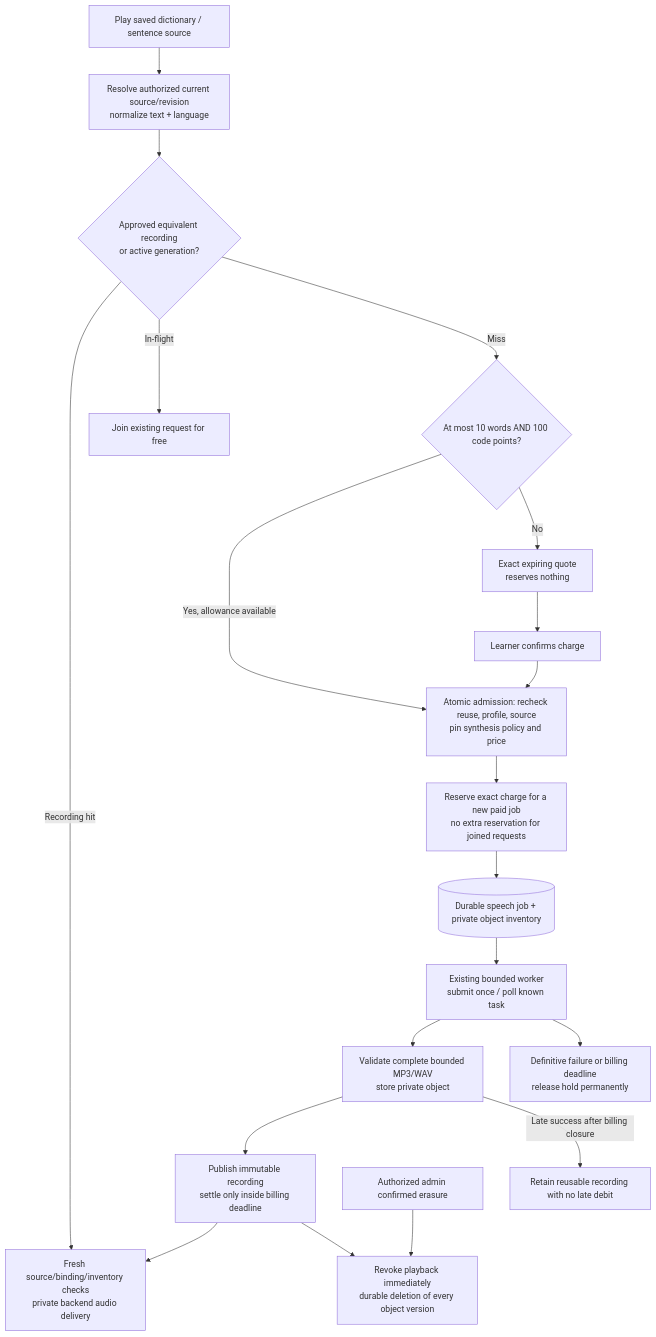
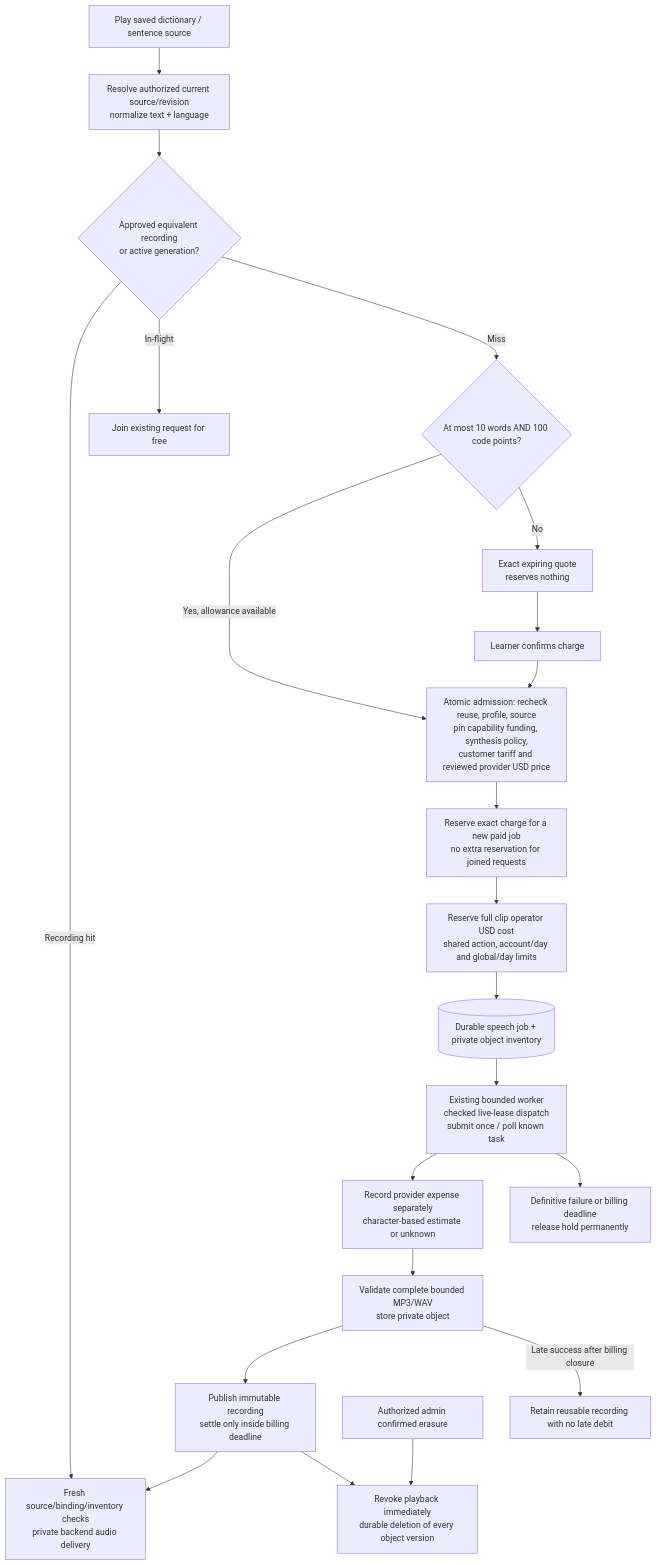
Before and after one commit to nickotov/languon-platform: the diagram in docs/diagrams/speech-and-pricing.md, drawn with Mermaid. The commit also changed other lines of this file and 557 other files, not shown here.

````diff
--- a/docs/diagrams/speech-and-pricing.md
+++ b/docs/diagrams/speech-and-pricing.md
@@ -33,30 +37,36 @@
 ```mermaid
 flowchart TB
     Click["Play saved dictionary / sentence source"] --> Resolve["Resolve authorized current source/revision
 normalize text + language"]
     Resolve --> Reuse{"Approved equivalent recording
 or active generation?"}
     Reuse -->|"Recording hit"| Playback["Fresh source/binding/inventory checks
 private backend audio delivery"]
     Reuse -->|"In-flight"| Join["Join existing request for free"]
     Reuse -->|"Miss"| Short{"At most 10 words AND 100 code points?"}
     Short -->|"Yes, allowance available"| Admit["Atomic admission: recheck reuse, profile, source
-pin synthesis policy and price"]
+pin capability funding, synthesis policy,
+customer tariff and reviewed provider USD price"]
     Short -->|"No"| Quote["Exact expiring quote
 reserves nothing"] --> Confirm["Learner confirms charge"] --> Admit
     Admit --> Hold["Reserve exact charge for a new paid job
 no extra reservation for joined requests"]
-    Hold --> Job[("Durable speech job + private object inventory")]
+    Hold --> Operator["Reserve full clip operator USD cost
+shared action, account/day and global/day limits"]
+    Operator --> Job[("Durable speech job + private object inventory")]
     Job --> Worker["Existing bounded worker
+checked live-lease dispatch
 submit once / poll known task"]
-    Worker --> Audio["Validate complete bounded MP3/WAV
+    Worker --> Expense["Record provider expense separately
+character-based estimate or unknown"]
+    Expense --> Audio["Validate complete bounded MP3/WAV
 store private object"]
     Audio --> Success["Publish immutable recording
 settle only inside billing deadline"] --> Playback
     Worker --> Failure["Definitive failure or billing deadline
 release hold permanently"]
     Audio -->|"Late success after billing closure"| Retain["Retain reusable recording with no late debit"]
     Admin["Authorized admin confirmed erasure"] --> Delete["Revoke playback immediately
 durable deletion of every object version"]
     Success --> Delete
 ```
````
